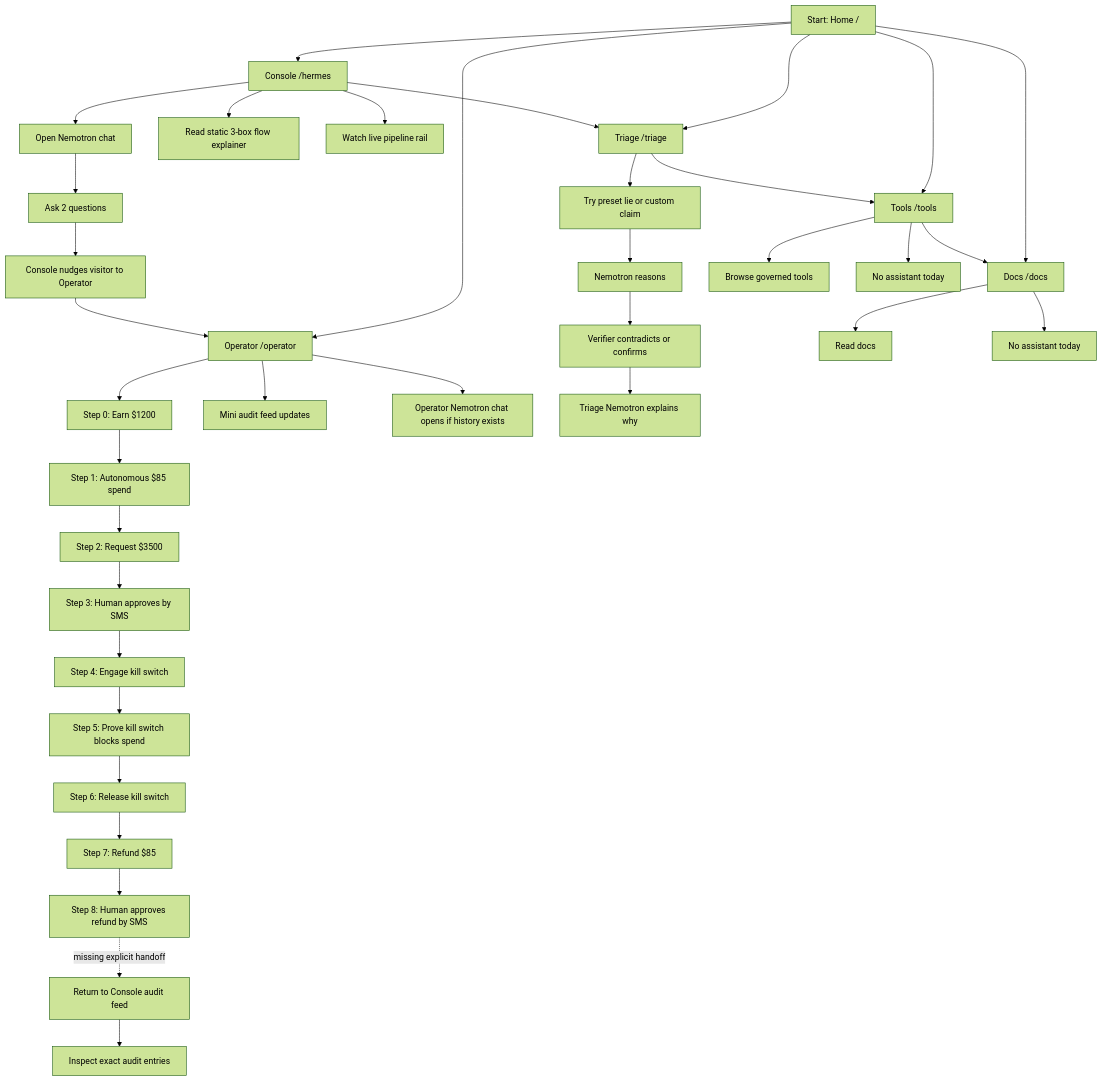
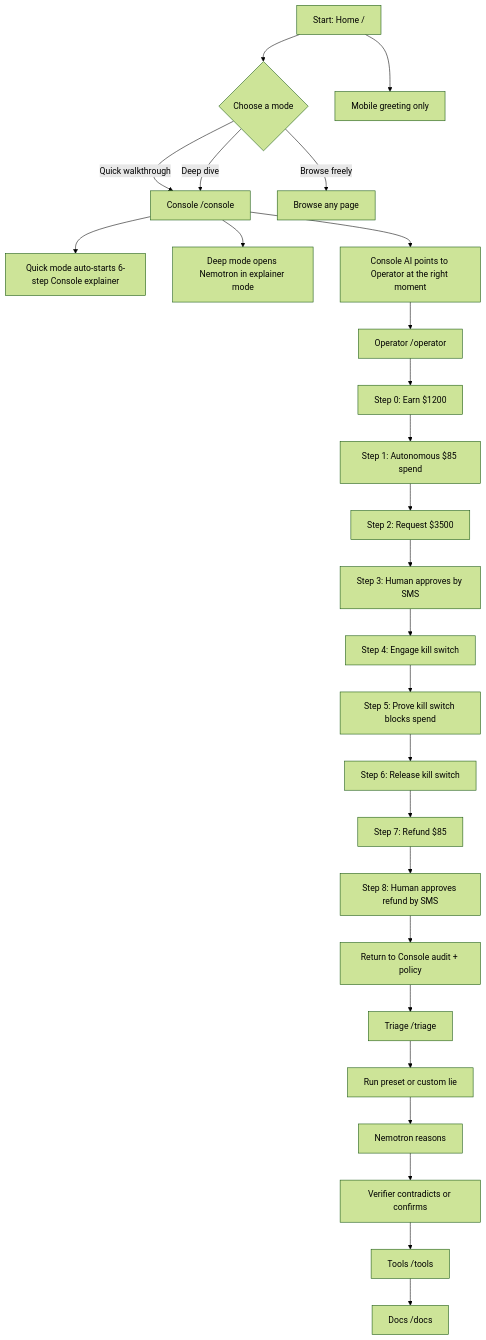
The first of 3 diagrams in docs/SITE-FLOWCHART.md (KeyArgo/custodian-kernel), drawn with Mermaid (forest theme) before and after one commit. The commit also changed other lines of this file and 9 other files, not shown here.

First line of the commit message:
feat(frontend): rename /hermes→/console, add cross-page Nemotron tour guide

````diff
--- a/docs/SITE-FLOWCHART.md
+++ b/docs/SITE-FLOWCHART.md
@@ -9,45 +9,31 @@
 ```mermaid
 flowchart TD
-    A[Start: Home /] --> B[Console /hermes]
-    A --> C[Operator /operator]
-    A --> D[Triage /triage]
-    A --> E[Tools /tools]
-    A --> F[Docs /docs]
+    A[Start: Home /] --> A1{Choose a mode}
+    A1 -->|Quick walkthrough| B[Console /console]
+    A1 -->|Deep dive| B
+    A1 -->|Browse freely| C[Browse any page]
+    A --> A2[Mobile greeting only]
 
-    B --> B1[Read static 3-box flow explainer]
-    B --> B2[Watch live pipeline rail]
-    B --> B3[Open Nemotron chat]
-    B3 --> B4[Ask 2 questions]
-    B4 --> B5[Console nudges visitor to Operator]
-    B5 --> C
+    B --> B1[Quick mode auto-starts 6-step Console explainer]
+    B --> B2[Deep mode opens Nemotron in explainer mode]
+    B --> B3[Console AI points to Operator at the right moment]
+    B3 --> D[Operator /operator]
 
-    C --> C1[Step 0: Earn $1200]
-    C1 --> C2[Step 1: Autonomous $85 spend]
-    C2 --> C3[Step 2: Request $3500]
-    C3 --> C4[Step 3: Human approves by SMS]
-    C4 --> C5[Step 4: Engage kill switch]
-    C5 --> C6[Step 5: Prove kill switch blocks spend]
-    C6 --> C7[Step 6: Release kill switch]
-    C7 --> C8[Step 7: Refund $85]
-    C8 --> C9[Step 8: Human approves refund by SMS]
+    D --> D1[Step 0: Earn $1200]
+    D1 --> D2[Step 1: Autonomous $85 spend]
+    D2 --> D3[Step 2: Request $3500]
+    D3 --> D4[Step 3: Human approves by SMS]
+    D4 --> D5[Step 4: Engage kill switch]
+    D5 --> D6[Step 5: Prove kill switch blocks spend]
+    D6 --> D7[Step 6: Release kill switch]
+    D7 --> D8[Step 7: Refund $85]
+    D8 --> D9[Step 8: Human approves refund by SMS]
+    D9 --> E[Return to Console audit + policy]
 
-    C --> C10[Mini audit feed updates]
-    C --> C11[Operator Nemotron chat opens if history exists]
-
-    C9 -. missing explicit handoff .-> B6[Return to Console audit feed]
-    B6 --> B7[Inspect exact audit entries]
-
-    B --> D
-    D --> D1[Try preset lie or custom claim]
-    D1 --> D2[Nemotron reasons]
-    D2 --> D3[Verifier contradicts or confirms]
-    D3 --> D4[Triage Nemotron explains why]
-
-    D --> E
-    E --> E1[Browse governed tools]
-    E --> E2[No assistant today]
-
-    E --> F
-    F --> F1[Read docs]
-    F --> F2[No assistant today]
+    E --> F[Triage /triage]
+    F --> F1[Run preset or custom lie]
+    F1 --> F2[Nemotron reasons]
+    F2 --> F3[Verifier contradicts or confirms]
+    F3 --> G[Tools /tools]
+    G --> H[Docs /docs]
 ```
````
